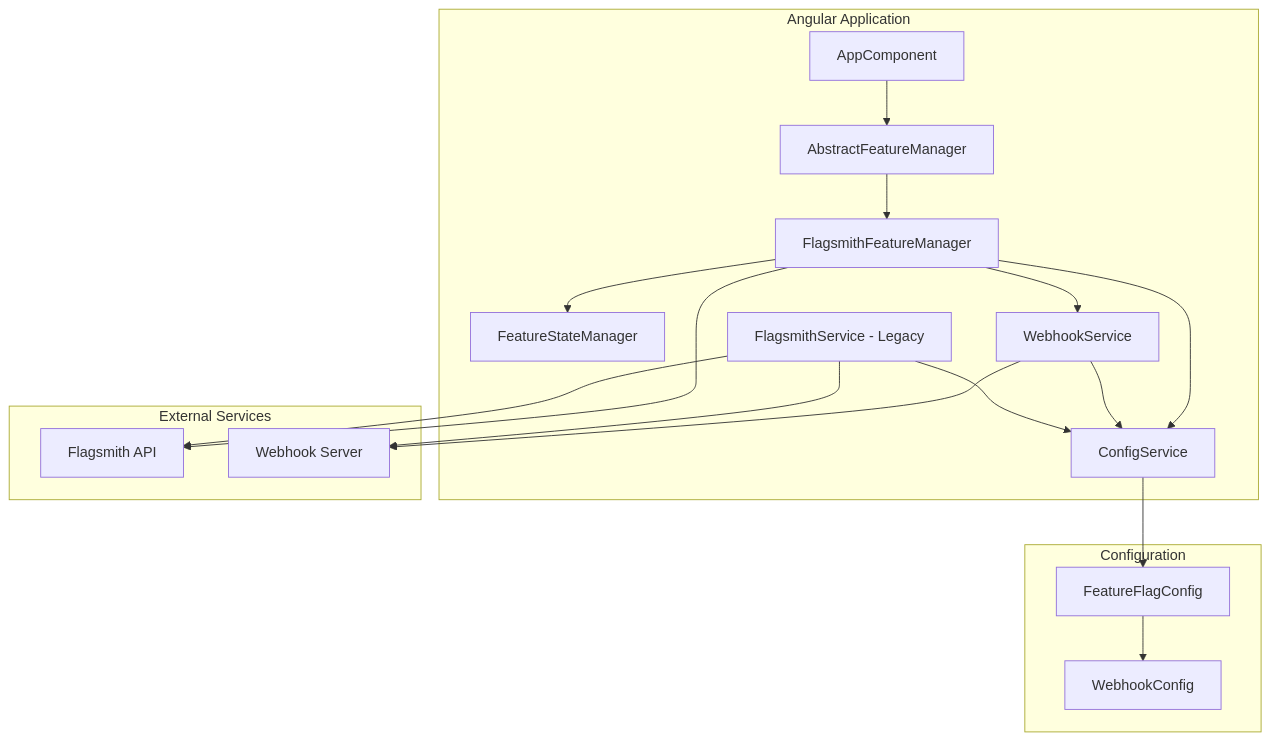
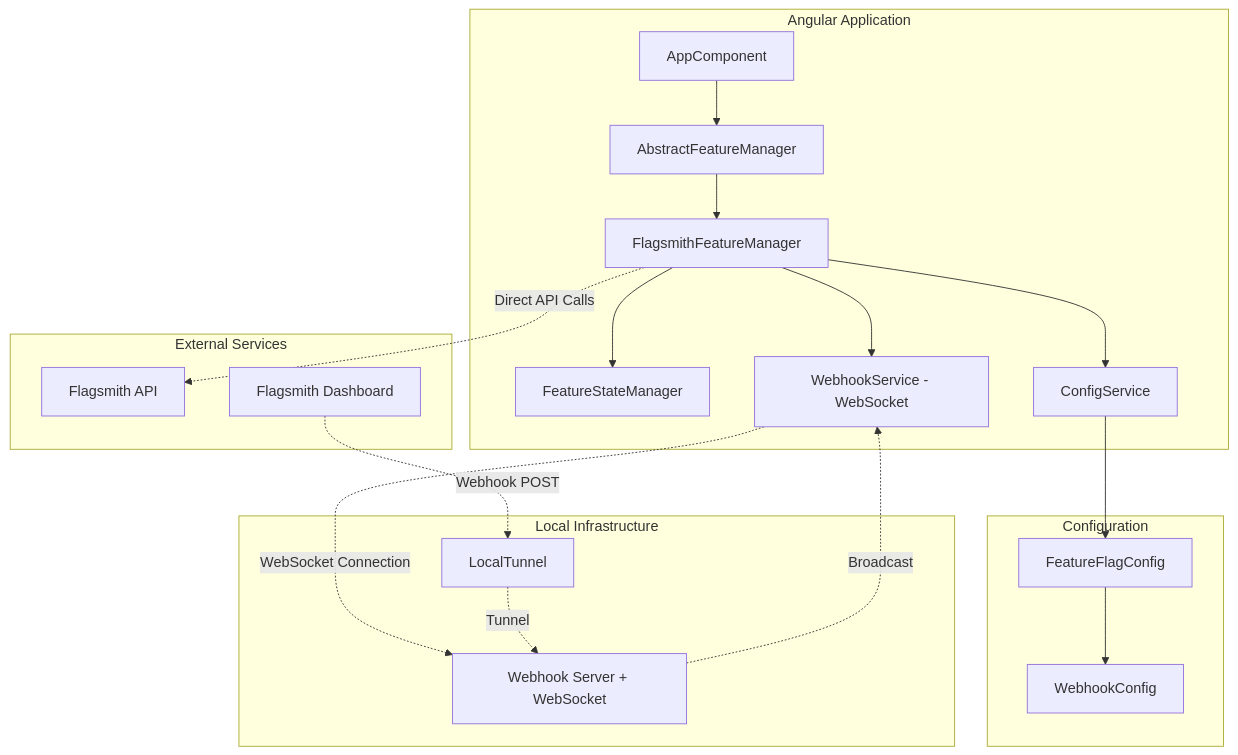
The first of 4 diagrams in feature-flag-flow.md (tse246/demoFlagsmith), drawn with Mermaid before and after one commit. The commit also changed other lines of this file, not shown here.

````diff
--- a/feature-flag-flow.md
+++ b/feature-flag-flow.md
@@ -5,36 +5,39 @@
 ```mermaid
 graph TB
     subgraph "Angular Application"
         AC[AppComponent]
         AFM[AbstractFeatureManager]
         FFM[FlagsmithFeatureManager]
         FSM[FeatureStateManager]
-        WS[WebhookService]
+        WS[WebhookService - WebSocket]
         CS[ConfigService]
-        FS[FlagsmithService - Legacy]
     end
     
     subgraph "Configuration"
         FC[FeatureFlagConfig]
         WC[WebhookConfig]
     end
     
+    subgraph "Local Infrastructure"
+        WHS[Webhook Server + WebSocket]
+        LT[LocalTunnel]
+    end
+    
     subgraph "External Services"
         FAPI[Flagsmith API]
-        WH[Webhook Server]
+        FD[Flagsmith Dashboard]
     end
     
     AC --> AFM
     AFM --> FFM
     FFM --> FSM
     FFM --> WS
     FFM --> CS
-    WS --> CS
+    WS -.->|WebSocket Connection| WHS
     CS --> FC
     FC --> WC
-    FFM --> FAPI
-    WS --> WH
-    FS --> FAPI
-    FS --> WH
-    FS --> CS
+    FFM -.->|Direct API Calls| FAPI
+    FD -.->|Webhook POST| LT
+    LT -.->|Tunnel| WHS
+    WHS -.->|Broadcast| WS
 ```
````
